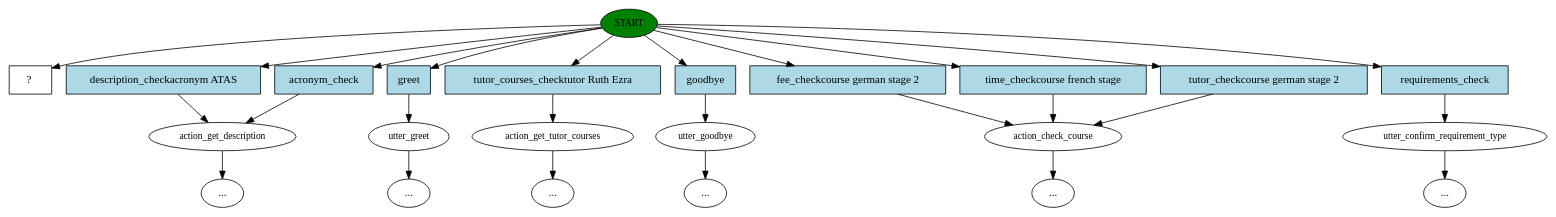
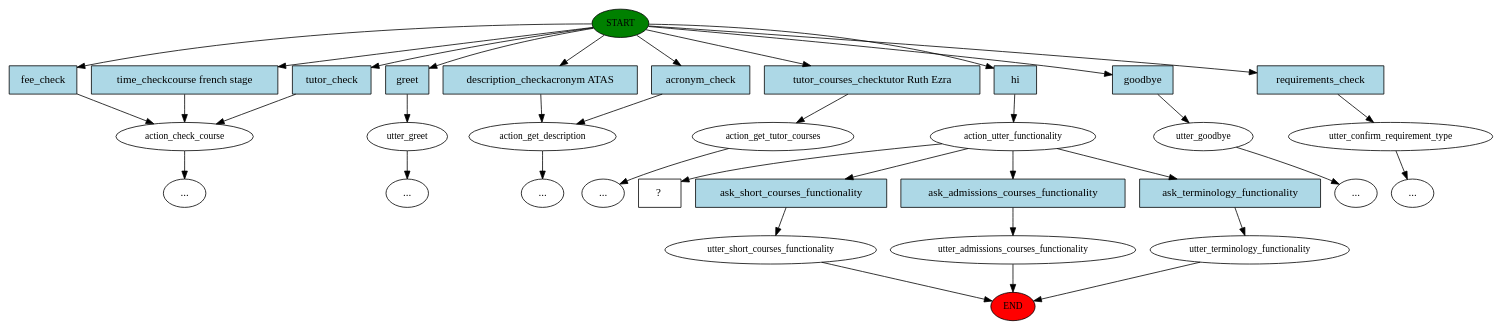
The diagram in chat-service/model/story_graph.dot (leonore/ugenie), drawn with Graphviz before and after one commit. The commit also changed 6 other files, not shown here.

```diff
--- a/chat-service/model/story_graph.dot
+++ b/chat-service/model/story_graph.dot
@@ -1,50 +1,70 @@
 digraph  {
 0 [class="start active", fillcolor=green, fontsize=12, label=START, style=filled];
-1 [class="", fontsize=12, label=action_get_description];
-2 [class="", fontsize=12, label=utter_greet];
-4 [class="", fontsize=12, label=action_get_tutor_courses];
-"-6" [class=ellipsis, label="..."];
-6 [class="", fontsize=12, label=utter_goodbye];
-"-8" [class=ellipsis, label="..."];
-7 [class="", fontsize=12, label=action_check_course];
-15 [class="", fontsize=12, label=utter_confirm_requirement_type];
-"-17" [class=ellipsis, label="..."];
+"-1" [class=end, fillcolor=red, fontsize=12, label=END, style=filled];
+1 [class="", fontsize=12, label=action_check_course];
+4 [class="", fontsize=12, label=utter_greet];
+6 [class="", fontsize=12, label=action_get_description];
+"-9" [class=ellipsis, label="..."];
+9 [class="", fontsize=12, label=action_get_tutor_courses];
+"-11" [class=ellipsis, label="..."];
+10 [class=active, fontsize=12, label=action_utter_functionality];
+11 [class="", fontsize=12, label=utter_short_courses_functionality];
+13 [class="", fontsize=12, label=utter_admissions_courses_functionality];
+15 [class="", fontsize=12, label=utter_terminology_functionality];
+16 [class="", fontsize=12, label=utter_goodbye];
+"-12" [class=ellipsis, label="..."];
+25 [class="", fontsize=12, label=utter_confirm_requirement_type];
+"-21" [class=ellipsis, label="..."];
 "-22" [class=ellipsis, label="..."];
-"-24" [class=ellipsis, label="..."];
-"-26" [class=ellipsis, label="..."];
-25 [class="intent dashed active", label="  ?  ", shape=rect];
-26 [class=intent, fillcolor=lightblue, label="description_checkacronym ATAS", shape=rect, style=filled];
-27 [class=intent, fillcolor=lightblue, label=acronym_check, shape=rect, style=filled];
-28 [class=intent, fillcolor=lightblue, label=greet, shape=rect, style=filled];
-29 [class=intent, fillcolor=lightblue, label="tutor_courses_checktutor Ruth Ezra", shape=rect, style=filled];
-30 [class=intent, fillcolor=lightblue, label=goodbye, shape=rect, style=filled];
-31 [class=intent, fillcolor=lightblue, label="fee_checkcourse german stage 2", shape=rect, style=filled];
-32 [class=intent, fillcolor=lightblue, label="time_checkcourse french stage", shape=rect, style=filled];
-33 [class=intent, fillcolor=lightblue, label="tutor_checkcourse german stage 2", shape=rect, style=filled];
-34 [class=intent, fillcolor=lightblue, label=requirements_check, shape=rect, style=filled];
-0 -> 25  [class=active, key=NONE, label=""];
-0 -> 26  [class="", key=0];
-0 -> 27  [class="", key=0];
-0 -> 28  [class="", key=0];
-0 -> 29  [class="", key=0];
-0 -> 30  [class="", key=0];
-0 -> 31  [class="", key=0];
+"-25" [class=ellipsis, label="..."];
+31 [class="intent dashed active", label="  ?  ", shape=rect];
+32 [class=intent, fillcolor=lightblue, label=fee_check, shape=rect, style=filled];
+33 [class=intent, fillcolor=lightblue, label="time_checkcourse french stage", shape=rect, style=filled];
+34 [class=intent, fillcolor=lightblue, label=tutor_check, shape=rect, style=filled];
+35 [class=intent, fillcolor=lightblue, label=greet, shape=rect, style=filled];
+36 [class=intent, fillcolor=lightblue, label="description_checkacronym ATAS", shape=rect, style=filled];
+37 [class=intent, fillcolor=lightblue, label=acronym_check, shape=rect, style=filled];
+38 [class=intent, fillcolor=lightblue, label="tutor_courses_checktutor Ruth Ezra", shape=rect, style=filled];
+39 [class="intent active", fillcolor=lightblue, label=hi, shape=rect, style=filled];
+40 [class=intent, fillcolor=lightblue, label=goodbye, shape=rect, style=filled];
+41 [class=intent, fillcolor=lightblue, label=requirements_check, shape=rect, style=filled];
+42 [class=intent, fillcolor=lightblue, label=ask_short_courses_functionality, shape=rect, style=filled];
+43 [class=intent, fillcolor=lightblue, label=ask_admissions_courses_functionality, shape=rect, style=filled];
+44 [class=intent, fillcolor=lightblue, label=ask_terminology_functionality, shape=rect, style=filled];
 0 -> 32  [class="", key=0];
 0 -> 33  [class="", key=0];
 0 -> 34  [class="", key=0];
+0 -> 35  [class="", key=0];
+0 -> 36  [class="", key=0];
+0 -> 37  [class="", key=0];
+0 -> 38  [class="", key=0];
+0 -> 39  [class=active, key=0];
+0 -> 40  [class="", key=0];
+0 -> 41  [class="", key=0];
 1 -> "-22"  [class="", key=NONE, label=""];
-2 -> "-26"  [class="", key=NONE, label=""];
-4 -> "-6"  [class="", key=NONE, label=""];
-6 -> "-8"  [class="", key=NONE, label=""];
-7 -> "-24"  [class="", key=NONE, label=""];
-15 -> "-17"  [class="", key=NONE, label=""];
-26 -> 1  [class="", key=0];
-27 -> 1  [class="", key=0];
-28 -> 2  [class="", key=0];
-29 -> 4  [class="", key=0];
-30 -> 6  [class="", key=0];
-31 -> 7  [class="", key=0];
-32 -> 7  [class="", key=0];
-33 -> 7  [class="", key=0];
-34 -> 15  [class="", key=0];
+4 -> "-9"  [class="", key=NONE, label=""];
+6 -> "-25"  [class="", key=NONE, label=""];
+9 -> "-11"  [class="", key=NONE, label=""];
+10 -> 31  [class=active, key=NONE, label=""];
+10 -> 42  [class="", key=0];
+10 -> 43  [class="", key=0];
+10 -> 44  [class="", key=0];
+11 -> "-1"  [class="", key=NONE, label=""];
+13 -> "-1"  [class="", key=NONE, label=""];
+15 -> "-1"  [class="", key=NONE, label=""];
+16 -> "-12"  [class="", key=NONE, label=""];
+25 -> "-21"  [class="", key=NONE, label=""];
+32 -> 1  [class="", key=0];
+33 -> 1  [class="", key=0];
+34 -> 1  [class="", key=0];
+35 -> 4  [class="", key=0];
+36 -> 6  [class="", key=0];
+37 -> 6  [class="", key=0];
+38 -> 9  [class="", key=0];
+39 -> 10  [class=active, key=0];
+40 -> 16  [class="", key=0];
+41 -> 25  [class="", key=0];
+42 -> 11  [class="", key=0];
+43 -> 13  [class="", key=0];
+44 -> 15  [class="", key=0];
 }
```
